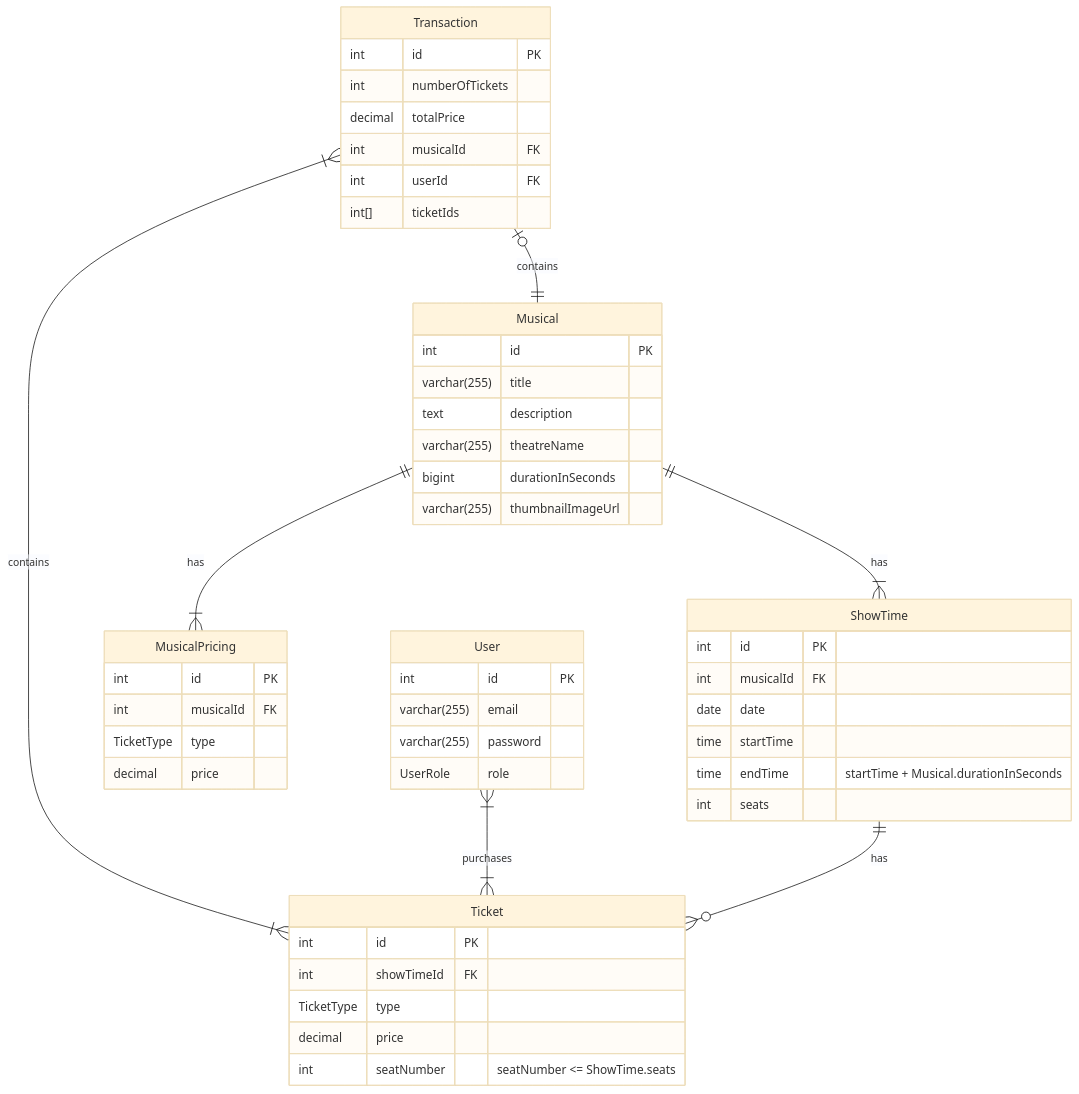
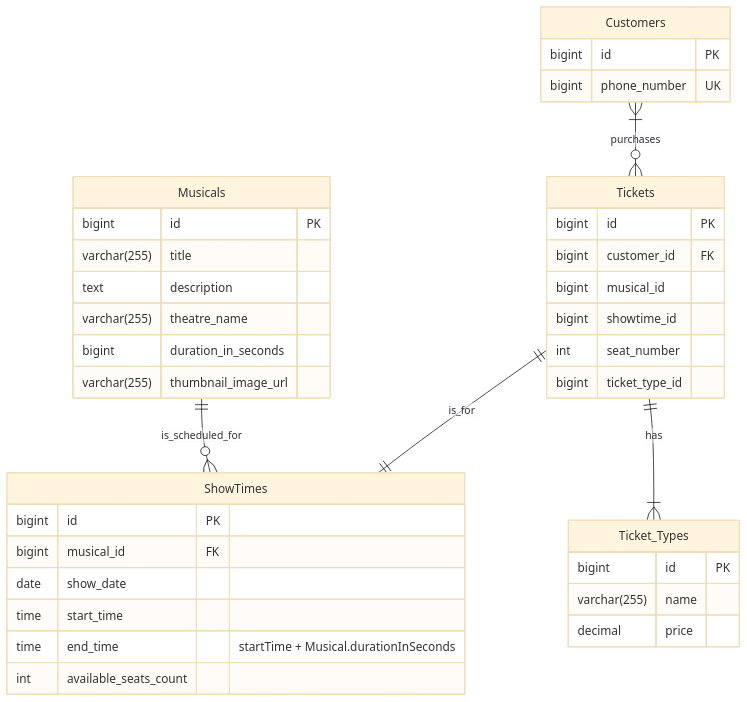
One commit to Suranjan77/musical-ticketing-system changed the diagram in diagrams/ER-Diagram.mermaid. Above: the diagram before and after it, drawn with Mermaid (base theme). The commit also changed 50 other files, not shown here.

```diff
--- a/diagrams/ER-Diagram.mermaid
+++ b/diagrams/ER-Diagram.mermaid
@@ -1,52 +1,41 @@
 
 erDiagram
-    Musical {
-        int id PK
+    Customers {
+        bigint id PK
+        bigint phone_number UK
+    }
+    Musicals {
+        bigint id PK
         varchar(255) title
         text description
-        varchar(255) theatreName
-        bigint durationInSeconds
-        varchar(255) thumbnailImageUrl
+        varchar(255) theatre_name
+        bigint duration_in_seconds
+        varchar(255) thumbnail_image_url
     }
-    MusicalPricing {
-        int id PK
-        int musicalId FK
-        TicketType type
+    ShowTimes {
+        bigint id PK
+        bigint musical_id FK
+        date show_date
+        time start_time
+        time end_time "startTime + Musical.durationInSeconds"
+        int available_seats_count
+    }
+    Ticket_Types {
+        bigint id PK
+        varchar(255) name
         decimal price
     }
-    ShowTime {
-        int id PK
-        int musicalId FK
-        date date
-        time startTime
-        time endTime "startTime + Musical.durationInSeconds"
-        int seats
-    }
-    Ticket {
-        int id PK
-        int showTimeId FK
-        TicketType type
-        decimal price
-        int seatNumber "seatNumber <= ShowTime.seats"
-    }
-    Transaction {
-        int id PK
-        int numberOfTickets
-        decimal totalPrice
-        int musicalId FK
-        int userId FK
-        int[] ticketIds
-    }
-    User {
-        int id PK
-        varchar(255) email
-        varchar(255) password
-        UserRole role
+    Tickets {
+        bigint id PK
+        bigint customer_id FK
+        bigint musical_id
+        bigint showtime_id
+        int seat_number
+        bigint ticket_type_id
     }
 
-    Transaction }|--|{ Ticket: contains
-    Transaction o|--|| Musical: contains
-    Musical ||--|{ MusicalPricing: has
-    Musical ||--|{ ShowTime: has
-    ShowTime ||--o{ Ticket: has
-    User }|--|{ Ticket: purchases
+    Musicals ||--o{ ShowTimes : is_scheduled_for
+
+    Customers }|--o{ Tickets : purchases
+    Tickets ||--|| ShowTimes : is_for
+    Tickets ||--|{ Ticket_Types : has
```
